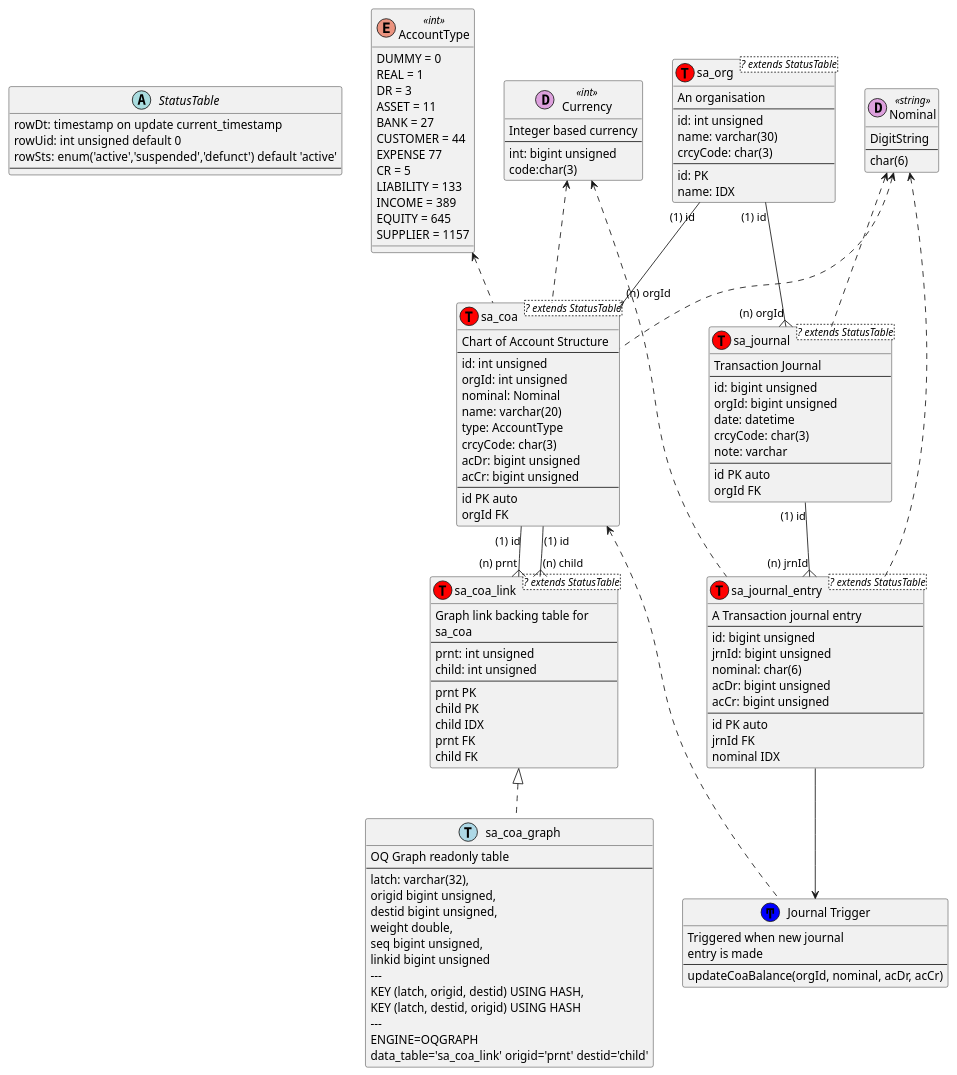
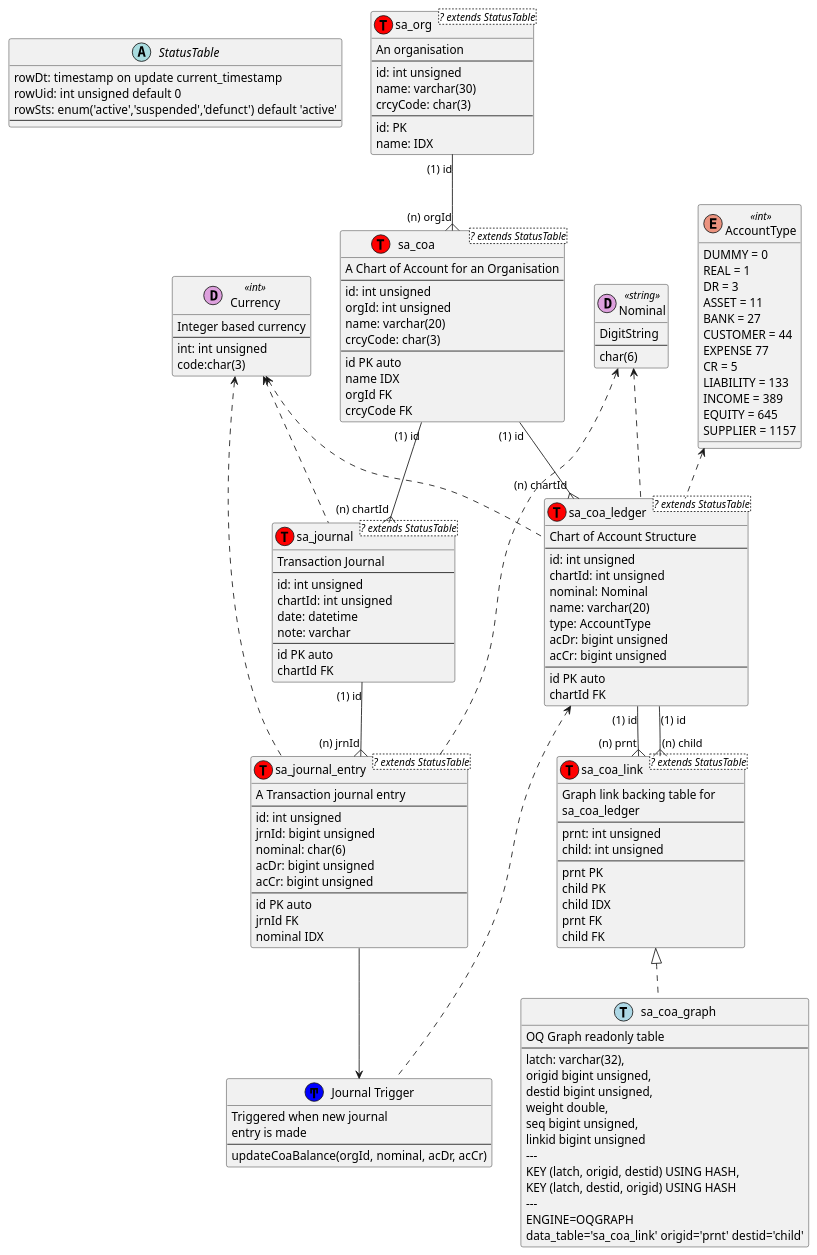
One commit to chippyash/Simple-Accounts changed the diagram in src/Chippyash/SAccounts/Storage/Account/ZendDB/docs/Sql Model.puml. Above: the diagram before and after it, drawn with PlantUML. The commit also changed 8 other files, not shown here.

```diff
--- a/src/Chippyash/SAccounts/Storage/Account/ZendDB/docs/Sql Model.puml
+++ b/src/Chippyash/SAccounts/Storage/Account/ZendDB/docs/Sql Model.puml
@@ -1,143 +1,156 @@
 @startuml
 
 abstract class StatusTable {
 	rowDt: timestamp on update current_timestamp
 	rowUid: int unsigned default 0
 	rowSts: enum('active','suspended','defunct') default 'active'
 	---
 }
 
 class sa_org<? extends StatusTable> << (T,red)>> {
 	An organisation
 	---
 	id: int unsigned
 	name: varchar(30)
 	crcyCode: char(3)
 	---
 	id: PK
 	name: IDX
 }
 
 class sa_coa<? extends StatusTable> << (T,red) >> {
+	A Chart of Account for an Organisation
+	---
+	id: int unsigned
+	orgId: int unsigned
+	name: varchar(20)
+	crcyCode: char(3)
+	---
+	id PK auto
+	name IDX
+	orgId FK
+	crcyCode FK
+}
+
+class sa_coa_ledger<? extends StatusTable> << (T,red) >> {
 	Chart of Account Structure
 	---
 	id: int unsigned
-	orgId: int unsigned
+	chartId: int unsigned
 	nominal: Nominal
 	name: varchar(20)
 	type: AccountType
-	crcyCode: char(3)
 	acDr: bigint unsigned
 	acCr: bigint unsigned
 	---
     id PK auto
-	orgId FK
+	chartId FK
 }
 
 class sa_coa_link<? extends StatusTable> << (T,red) >> {
 	Graph link backing table for
-	sa_coa
+	sa_coa_ledger
 	---
 	prnt: int unsigned
 	child: int unsigned
 	---
 	prnt PK
 	child PK
 	child IDX
 	prnt FK
 	child FK
 }
 
 class sa_coa_graph << (T,lightblue) >> {
 	OQ Graph readonly table
 	---
 	latch: varchar(32),
   	origid bigint unsigned,
   	destid bigint unsigned,
   	weight double,
   	seq bigint unsigned,
   	linkid bigint unsigned
   	---
   	KEY (latch, origid, destid) USING HASH,
   	KEY (latch, destid, origid) USING HASH
   	---
   	ENGINE=OQGRAPH
     data_table='sa_coa_link' origid='prnt' destid='child'
 }
 
 class sa_journal<? extends StatusTable> << (T, red) >> {
 	Transaction Journal
 	---
-	id: bigint unsigned
-	orgId: bigint unsigned
+	id: int unsigned
+	chartId: int unsigned
 	date: datetime
-	crcyCode: char(3)
 	note: varchar
 	---
 	id PK auto
-	orgId FK
+	chartId FK
 }
 
 class sa_journal_entry<? extends StatusTable> << (T, red >> {
 	A Transaction journal entry
 	---
-	id: bigint unsigned
+	id: int unsigned
 	jrnId: bigint unsigned
 	nominal: char(6)
 	acDr: bigint unsigned
 	acCr: bigint unsigned
 	---
 	id PK auto
 	jrnId FK
 	nominal IDX
 }
 
 enum AccountType << int >> {
 	DUMMY = 0
 	REAL = 1
 	DR = 3
 	ASSET = 11
 	BANK = 27
 	CUSTOMER = 44
 	EXPENSE 77
 	CR = 5
 	LIABILITY = 133
 	INCOME = 389
 	EQUITY = 645
 	SUPPLIER = 1157
 }
 
 class Currency << (D,plum) int >> {
 	Integer based currency
 	---
-	int: bigint unsigned
+	int: int unsigned
 	code:char(3)
 }
 class Nominal << (D,plum) string >> {
 	DigitString
 	---
 	char(6)
 }
 
 class "Journal Trigger" << (Ͳ,blue) >> {
 	Triggered when new journal
 	entry is made
 	---
 	updateCoaBalance(orgId, nominal, acDr, acCr)
 }
 
 sa_org "(1) id" --{ "(n) orgId" sa_coa
-sa_org "(1) id" --{ "(n) orgId" sa_journal
-sa_coa "(1) id" --{ "(n) prnt" sa_coa_link
-sa_coa "(1) id" --{ "(n) child" sa_coa_link
+sa_coa "(1) id" --{ "(n) chartId" sa_coa_ledger
+sa_coa_ledger "(1) id" --{ "(n) prnt" sa_coa_link
+sa_coa_ledger "(1) id" --{ "(n) child" sa_coa_link
 sa_coa_link <|.. sa_coa_graph
+sa_coa "(1) id" --{ "(n) chartId" sa_journal
 sa_journal "(1) id" --{ "(n) jrnId" sa_journal_entry
 sa_journal_entry --> "Journal Trigger"
-sa_coa <.. "Journal Trigger"
-AccountType <.. sa_coa
-Currency <.. sa_coa
-Nominal <.. sa_coa
-Nominal <.. sa_journal
+sa_coa_ledger <.. "Journal Trigger"
+AccountType <.. sa_coa_ledger
+Currency <.. sa_coa_ledger
+Nominal <.. sa_coa_ledger
 Nominal <.. sa_journal_entry
+Currency <.. sa_journal
 Currency <.. sa_journal_entry
 @enduml
```
